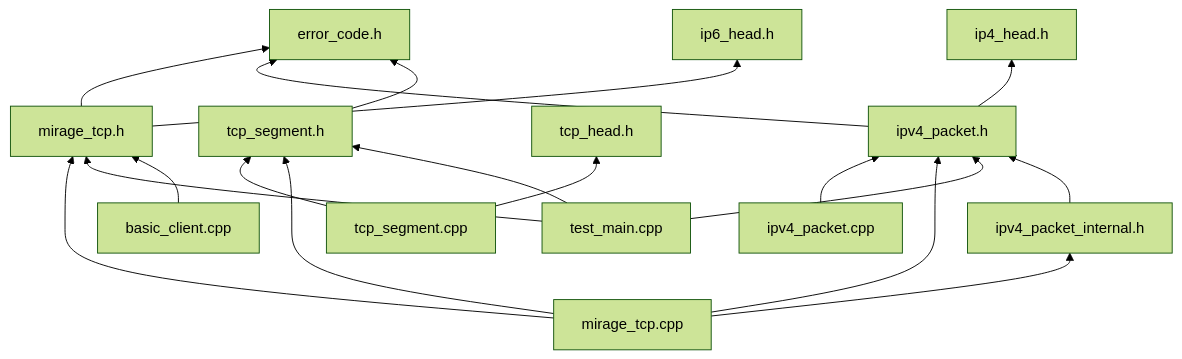
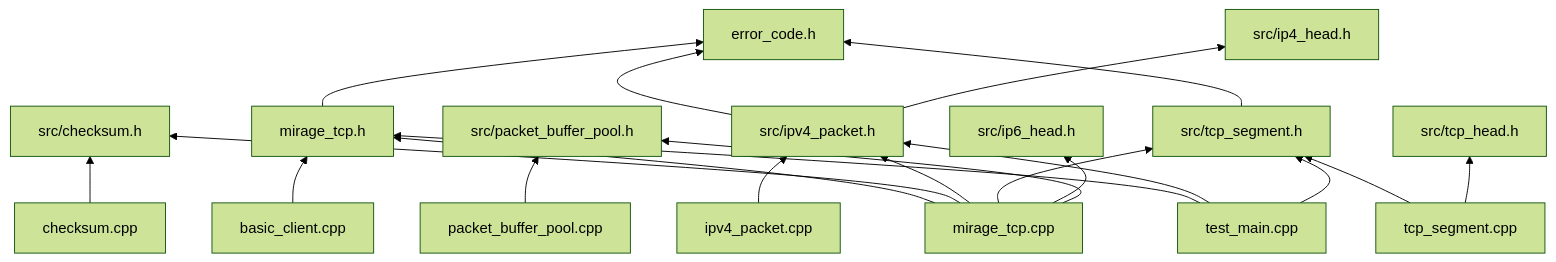
The diagram in docs/dependency-graph.md (yin-hai-bo/mirage-tcp), drawn with Mermaid (forest theme) before and after one commit. The commit also changed other lines of this file and 23 other files, not shown here.

````diff
--- a/docs/dependency-graph.md
+++ b/docs/dependency-graph.md
@@ -11,24 +11,24 @@
 ```mermaid
 graph BT
-    H["ipv4_packet.cpp"] --> B["ipv4_packet.h"]
-    I["tcp_segment.cpp"] --> C["tcp_segment.h"]
-    I --> L["tcp_head.h"]
+    Q["checksum.cpp"] --> P["src/checksum.h"]
+    H["ipv4_packet.cpp"] --> B["src/ipv4_packet.h"]
+    O["packet_buffer_pool.cpp"] --> R["src/packet_buffer_pool.h"]
+    I["tcp_segment.cpp"] --> C["src/tcp_segment.h"]
+    I --> L["src/tcp_head.h"]
     F["mirage_tcp.cpp"] --> A["mirage_tcp.h"]
+    F --> P
     F --> B
     F --> C
-    F --> G["ipv4_packet_internal.h"]
+    F --> M["src/ip6_head.h"]
+    F --> R
 
     J["test_main.cpp"] --> A
     J --> B
     J --> C
 
     K["basic_client.cpp"] --> A
-
-    G --> B
-
     A --> D["error_code.h"]
-    A --> M["ip6_head.h"]
     B --> D
-    B --> E["ip4_head.h"]
+    B --> E["src/ip4_head.h"]
     C --> D
 ```
````
